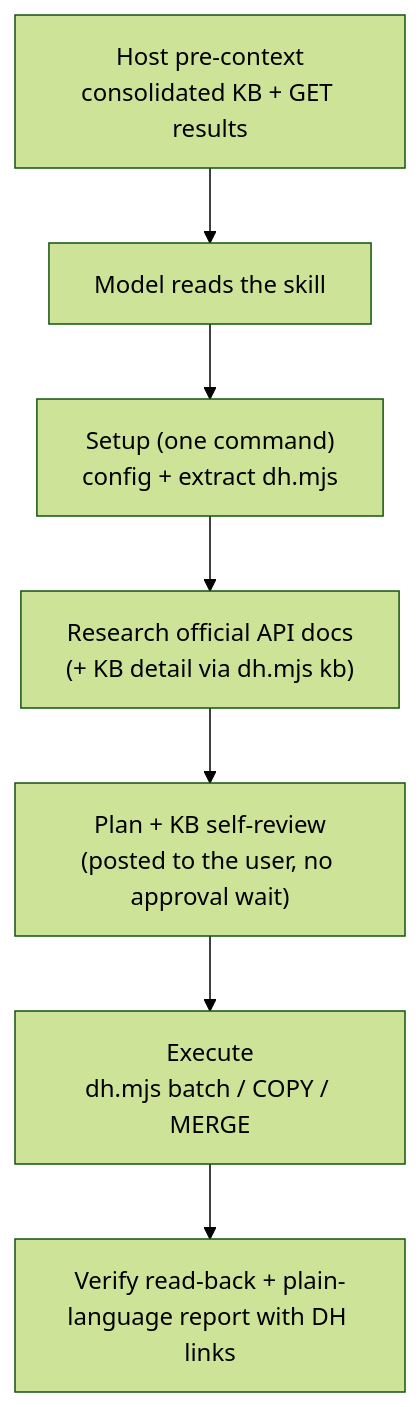
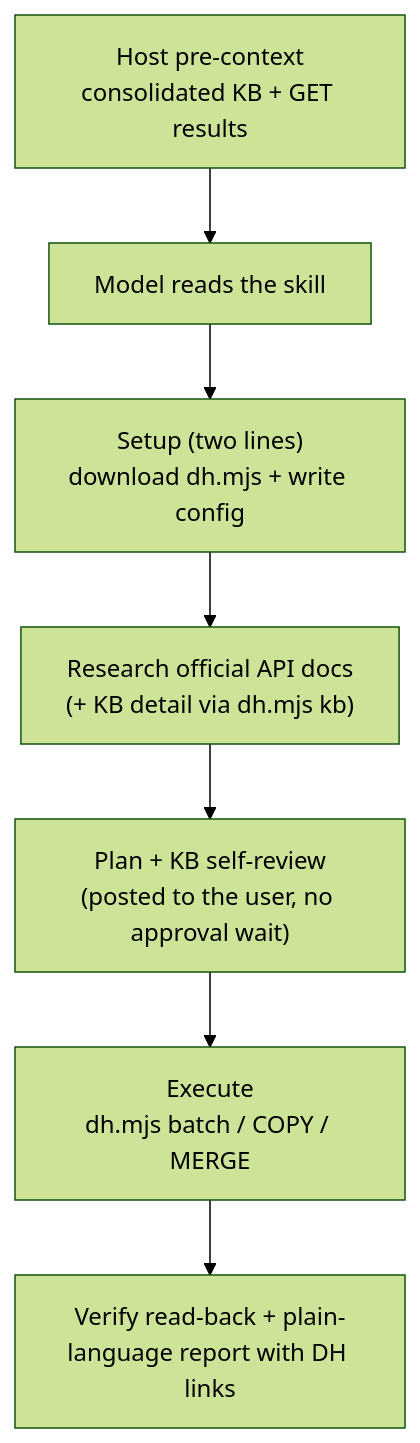
One commit to RoystonSanctis/dh-planner-viasocket changed the diagram in skills/skill-architecture.md. Above: the diagram before and after it, drawn with Mermaid (forest theme). The commit also changed other lines of this file and 6 other files, not shown here.

````diff
--- a/skills/skill-architecture.md
+++ b/skills/skill-architecture.md
@@ -82,9 +82,9 @@
 ```mermaid
 flowchart TD
     Host["Host pre-context\nconsolidated KB + GET results"] --> LLM["Model reads the skill"]
-    LLM --> Setup["Setup (one command)\nconfig + extract dh.mjs"]
+    LLM --> Setup["Setup (two lines)\ndownload dh.mjs + write config"]
     Setup --> Research["Research official API docs\n(+ KB detail via dh.mjs kb)"]
     Research --> Plan["Plan + KB self-review\n(posted to the user, no approval wait)"]
     Plan --> Exec["Execute\ndh.mjs batch / COPY / MERGE"]
     Exec --> Report["Verify read-back + plain-language report with DH links"]
 ```
````
